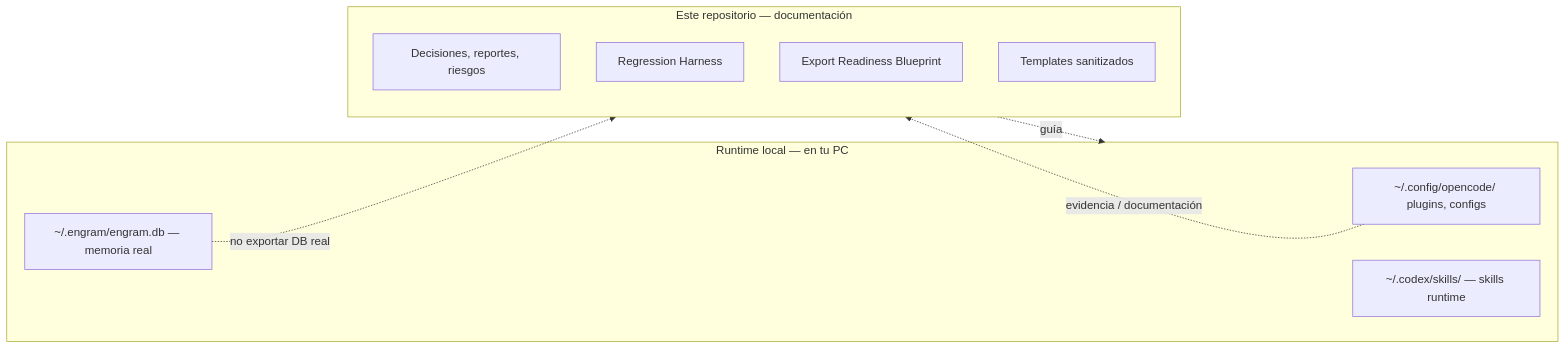
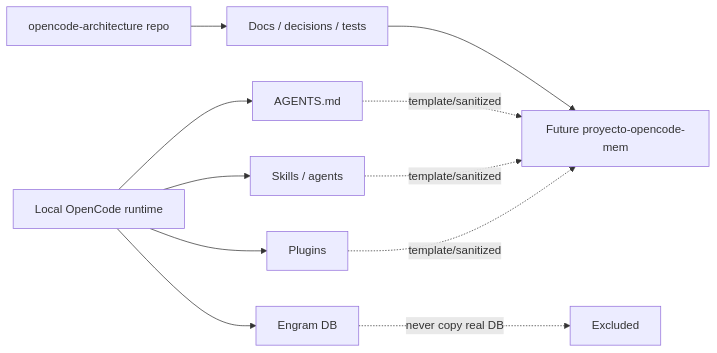
One commit to harrysxavio/opencode-architecture changed the eighth of 9 diagrams in README.md. Above: the diagram before and after it, drawn with Mermaid. The commit also changed other lines of this file and 5 other files, not shown here.

````diff
--- a/README.md
+++ b/README.md
@@ -388,19 +563,13 @@
 ```mermaid
 flowchart LR
-    subgraph LOCAL[Runtime local — en tu PC]
-        CONF[~/.config/opencode/ plugins, configs]
-        MEM[~/.engram/engram.db — memoria real]
-        CODEX[~/.codex/skills/ — skills runtime]
-    end
-
-    subgraph REPO[Este repositorio — documentación]
-        DOCS[Decisiones, reportes, riesgos]
-        TESTS_H[Regression Harness]
-        BLUEPRINT[Export Readiness Blueprint]
-        TEMPLATES[Templates sanitizados]
-    end
-
-    CONF -. evidencia / documentación .-> REPO
-    MEM -. no exportar DB real .-> REPO
-    REPO -. guía .-> LOCAL
+    R[opencode-architecture repo] --> D[Docs / decisions / tests]
+    L[Local OpenCode runtime] --> A[AGENTS.md]
+    L --> S[Skills / agents]
+    L --> P[Plugins]
+    L --> E[Engram DB]
+    D --> K[Future proyecto-opencode-mem]
+    A -.template/sanitized.-> K
+    S -.template/sanitized.-> K
+    P -.template/sanitized.-> K
+    E -.never copy real DB.-> X[Excluded]
 ```
````
